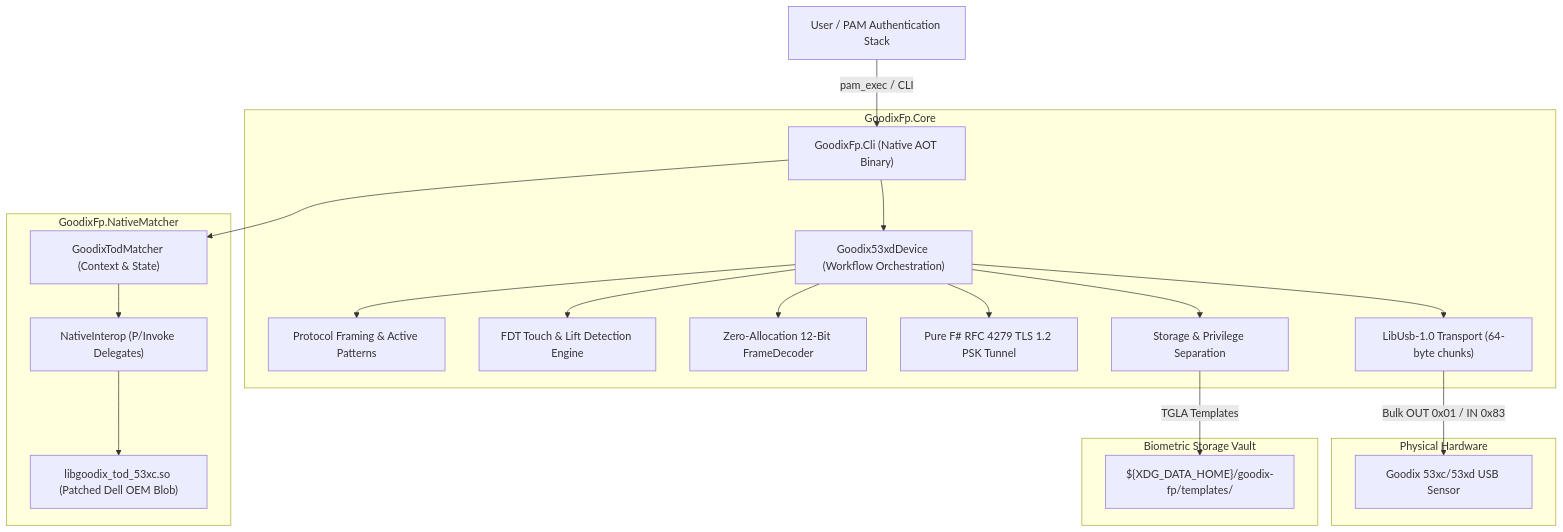
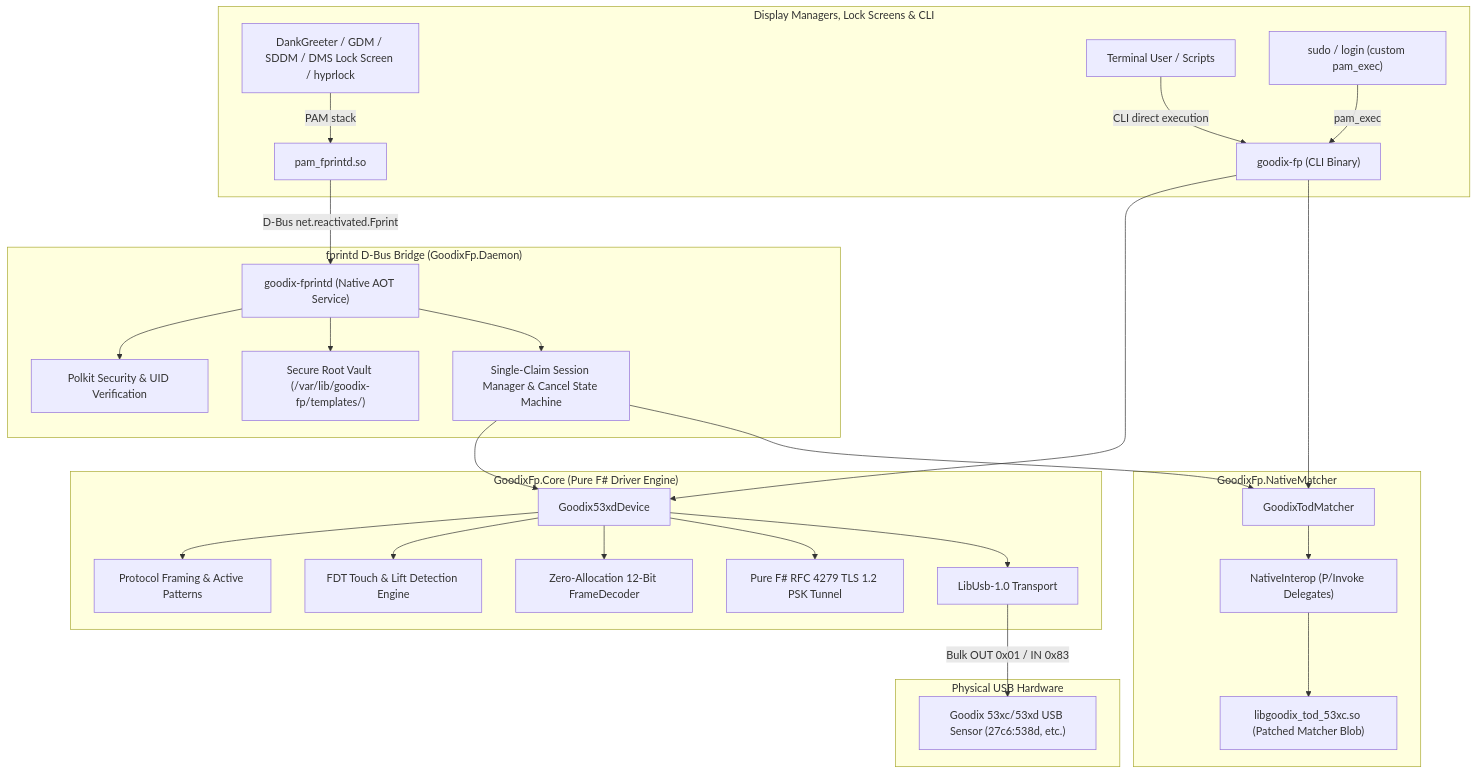
Before and after one commit to V0v1kkk/goodix-fp-fsharp: the diagram in README.md, drawn with Mermaid. The commit also changed other lines of this file and 2 other files, not shown here.

Commit message:
feat(ci,docs): add goodix-fprintd to CI/CD release workflow, update PKGBUILD, and expand README documentation

````diff
--- a/README.md
+++ b/README.md
@@ -15,28 +18,36 @@
 ```mermaid
 graph TD
-    User["User / PAM Authentication Stack"] -->|pam_exec / CLI| CLI["GoodixFp.Cli (Native AOT Binary)"]
-    
-    subgraph Driver ["GoodixFp.Core"]
-        CLI --> Dev["Goodix53xdDevice (Workflow Orchestration)"]
+    subgraph Clients ["Display Managers, Lock Screens & CLI"]
+        DM["DankGreeter / GDM / SDDM / DMS Lock Screen / hyprlock"] -->|PAM stack| PamFp["pam_fprintd.so"]
+        UserCLI["Terminal User / Scripts"] -->|CLI direct execution| CLI["goodix-fp (CLI Binary)"]
+        SudoPam["sudo / login (custom pam_exec)"] -->|pam_exec| CLI
+    end
+
+    subgraph DaemonLayer ["fprintd D-Bus Bridge (GoodixFp.Daemon)"]
+        PamFp -->|D-Bus net.reactivated.Fprint| Daemon["goodix-fprintd (Native AOT Service)"]
+        Daemon --> Policy["Polkit Security & UID Verification"]
+        Daemon --> Vault["Secure Root Vault (/var/lib/goodix-fp/templates/)"]
+        Daemon --> State["Single-Claim Session Manager & Cancel State Machine"]
+    end
+
+    subgraph DriverCore ["GoodixFp.Core (Pure F# Driver Engine)"]
+        CLI --> Dev["Goodix53xdDevice"]
+        State --> Dev
         Dev --> Prot["Protocol Framing & Active Patterns"]
         Dev --> Fdt["FDT Touch & Lift Detection Engine"]
         Dev --> Dec["Zero-Allocation 12-Bit FrameDecoder"]
         Dev --> TLS["Pure F# RFC 4279 TLS 1.2 PSK Tunnel"]
-        Dev --> Trans["LibUsb-1.0 Transport (64-byte chunks)"]
-        Dev --> Stor["Storage & Privilege Separation"]
+        Dev --> Trans["LibUsb-1.0 Transport"]
     end
-    
-    subgraph Matcher ["GoodixFp.NativeMatcher"]
-        CLI --> TodMatch["GoodixTodMatcher (Context & State)"]
-        TodMatch --> Interop["NativeInterop (P/Invoke Delegates)"]
-        Interop --> VendorBlob["libgoodix_tod_53xc.so (Patched Dell OEM Blob)"]
+
+    subgraph MatcherLayer ["GoodixFp.NativeMatcher"]
+        CLI --> Matcher["GoodixTodMatcher"]
+        State --> Matcher
+        Matcher --> Interop["NativeInterop (P/Invoke Delegates)"]
+        Interop --> VendorBlob["libgoodix_tod_53xc.so (Patched Matcher Blob)"]
     end
-    
-    subgraph Hardware ["Physical Hardware"]
-        Trans -->|Bulk OUT 0x01 / IN 0x83| Sensor["Goodix 53xc/53xd USB Sensor"]
-    end
-    
-    subgraph StorageVault ["Biometric Storage Vault"]
-        Stor -->|TGLA Templates| Vault["${XDG_DATA_HOME}/goodix-fp/templates/"]
+
+    subgraph Hardware ["Physical USB Hardware"]
+        Trans -->|Bulk OUT 0x01 / IN 0x83| Sensor["Goodix 53xc/53xd USB Sensor (27c6:538d, etc.)"]
     end
 ```
````
